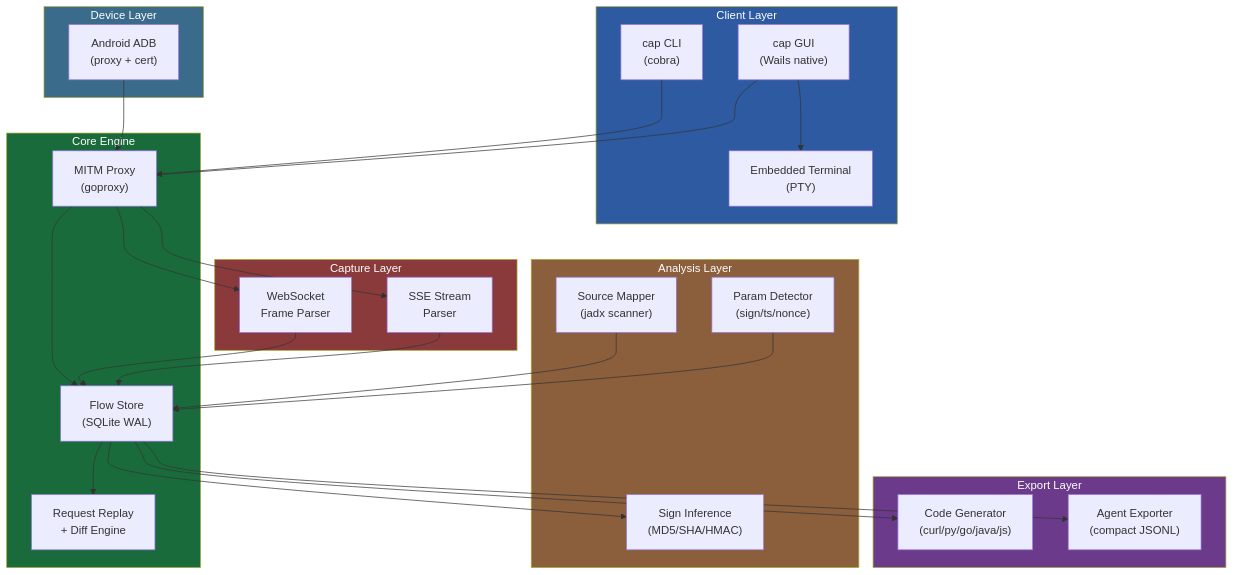
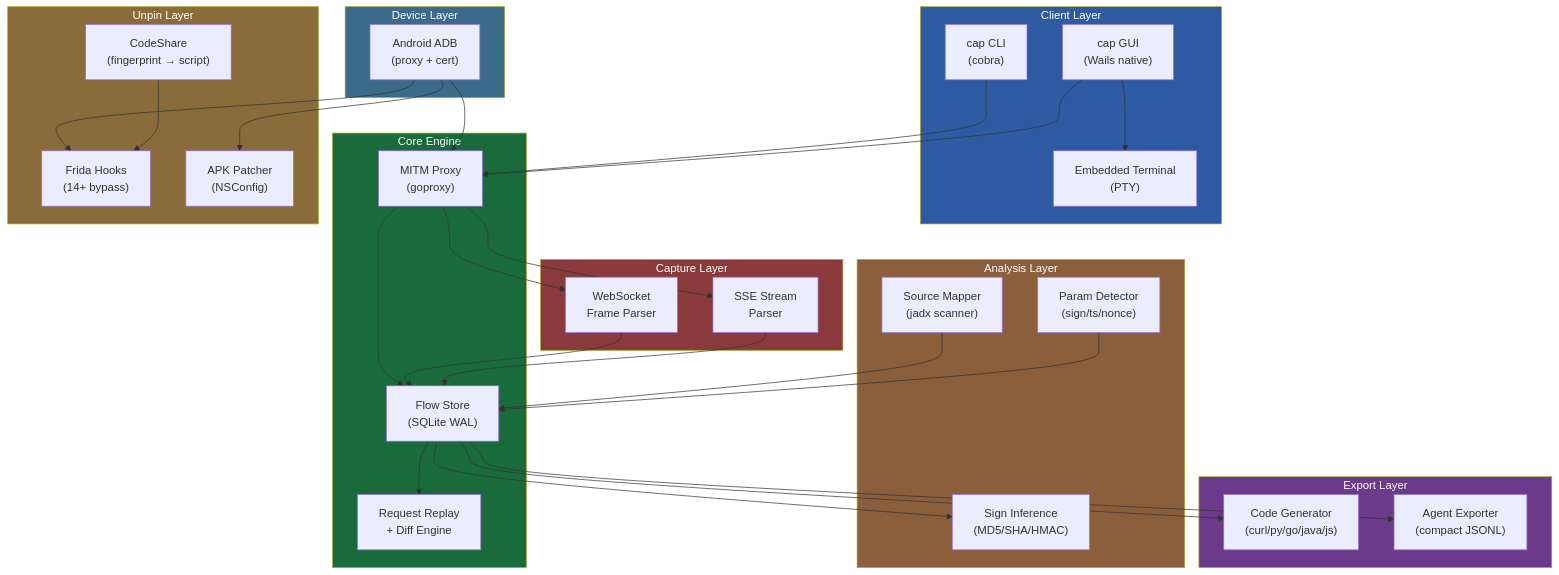
The first of 3 diagrams in README.md (overkazaf/cap), drawn with Mermaid before and after one commit. The commit also changed other lines of this file and 2 other files, not shown here.

First line of the commit message:
docs: update architecture diagram and feature tables for unpin/codeshare

````diff
--- a/README.md
+++ b/README.md
@@ -50,57 +52,67 @@
 ```mermaid
 flowchart TB
     subgraph Client["Client Layer"]
         CLI["cap CLI<br/>(cobra)"]
         GUI["cap GUI<br/>(Wails native)"]
         TTY["Embedded Terminal<br/>(PTY)"]
     end
 
     subgraph Core["Core Engine"]
         PROXY["MITM Proxy<br/>(goproxy)"]
         STORE["Flow Store<br/>(SQLite WAL)"]
         REPLAY["Request Replay<br/>+ Diff Engine"]
     end
 
     subgraph Analysis["Analysis Layer"]
         SIGN["Sign Inference<br/>(MD5/SHA/HMAC)"]
         CONTEXT["Source Mapper<br/>(jadx scanner)"]
         DETECT["Param Detector<br/>(sign/ts/nonce)"]
     end
 
     subgraph Export["Export Layer"]
         CODEGEN["Code Generator<br/>(curl/py/go/java/js)"]
         AGENT["Agent Exporter<br/>(compact JSONL)"]
     end
 
     subgraph Capture["Capture Layer"]
         WS["WebSocket<br/>Frame Parser"]
         SSE["SSE Stream<br/>Parser"]
     end
 
     subgraph Device["Device Layer"]
         ADB["Android ADB<br/>(proxy + cert)"]
     end
 
+    subgraph Unpin["Unpin Layer"]
+        FRIDA["Frida Hooks<br/>(14+ bypass)"]
+        PATCH["APK Patcher<br/>(NSConfig)"]
+        CODESHARE["CodeShare<br/>(fingerprint → script)"]
+    end
+
     CLI --> PROXY
     GUI --> PROXY
     GUI --> TTY
     PROXY --> STORE
     PROXY --> WS
     PROXY --> SSE
     WS --> STORE
     SSE --> STORE
     STORE --> CODEGEN
     STORE --> AGENT
     STORE --> SIGN
     STORE --> REPLAY
     CONTEXT --> STORE
     DETECT --> STORE
     ADB --> PROXY
+    ADB --> FRIDA
+    ADB --> PATCH
+    CODESHARE --> FRIDA
 
     style Client fill:#2d5aa0,color:#fff
     style Core fill:#1a6b3c,color:#fff
     style Analysis fill:#8b5e3c,color:#fff
     style Export fill:#6b3a8a,color:#fff
     style Capture fill:#8a3a3a,color:#fff
     style Device fill:#3a6b8a,color:#fff
+    style Unpin fill:#8a6b3a,color:#fff
 ```
````
